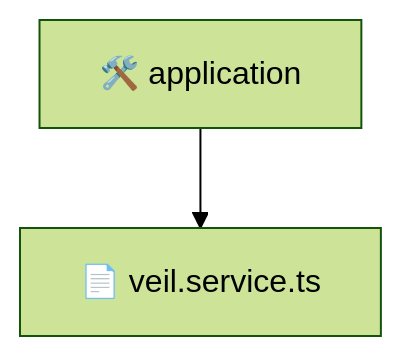
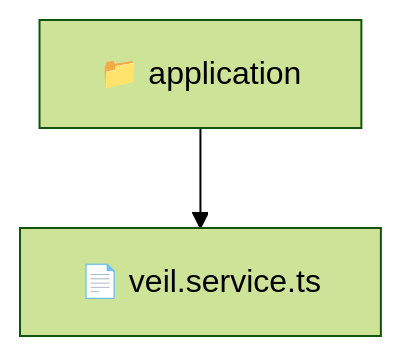
Before and after one commit to beginwebdev2002/fullstack-mavluda: the diagram in backend/src/modules/veil/application/README.md, drawn with Mermaid (forest theme). The commit also changed other lines of this file and 159 other files, not shown here.

````diff
--- a/backend/src/modules/veil/application/README.md
+++ b/backend/src/modules/veil/application/README.md
@@ -11,5 +9,5 @@
 ```mermaid
 graph TD
-  application["🛠️ application"]
-  application --> application_veil_service_ts["📄 veil.service.ts"]
+  Root["📁 application"]
+  Root --> veil_service_ts["📄 veil.service.ts"]
 ```
````
